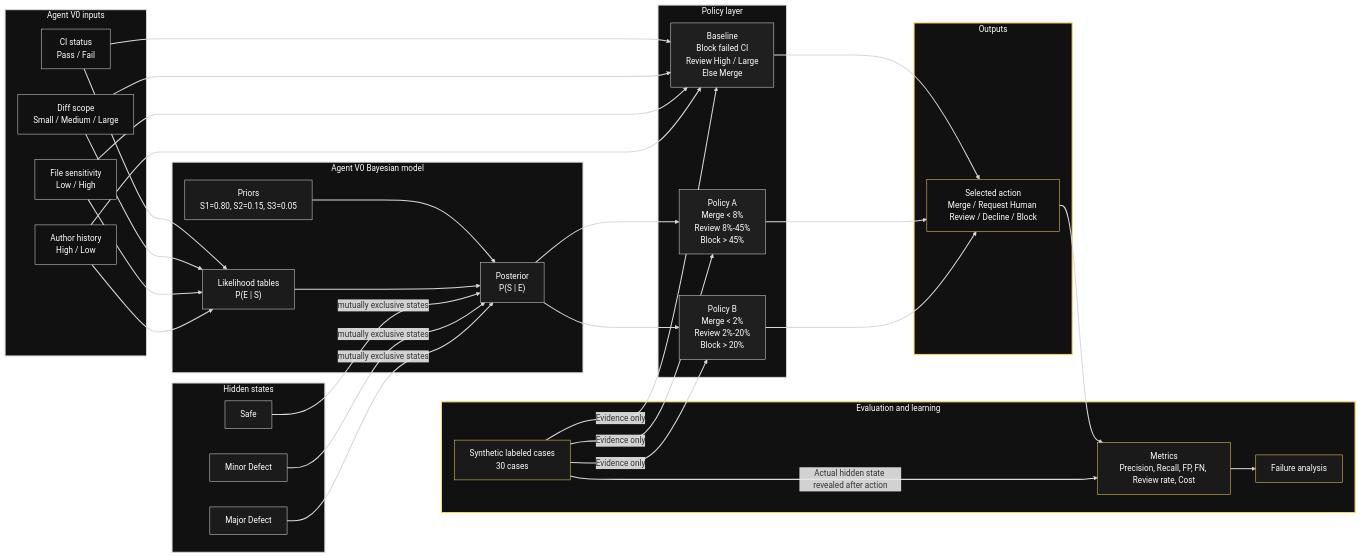
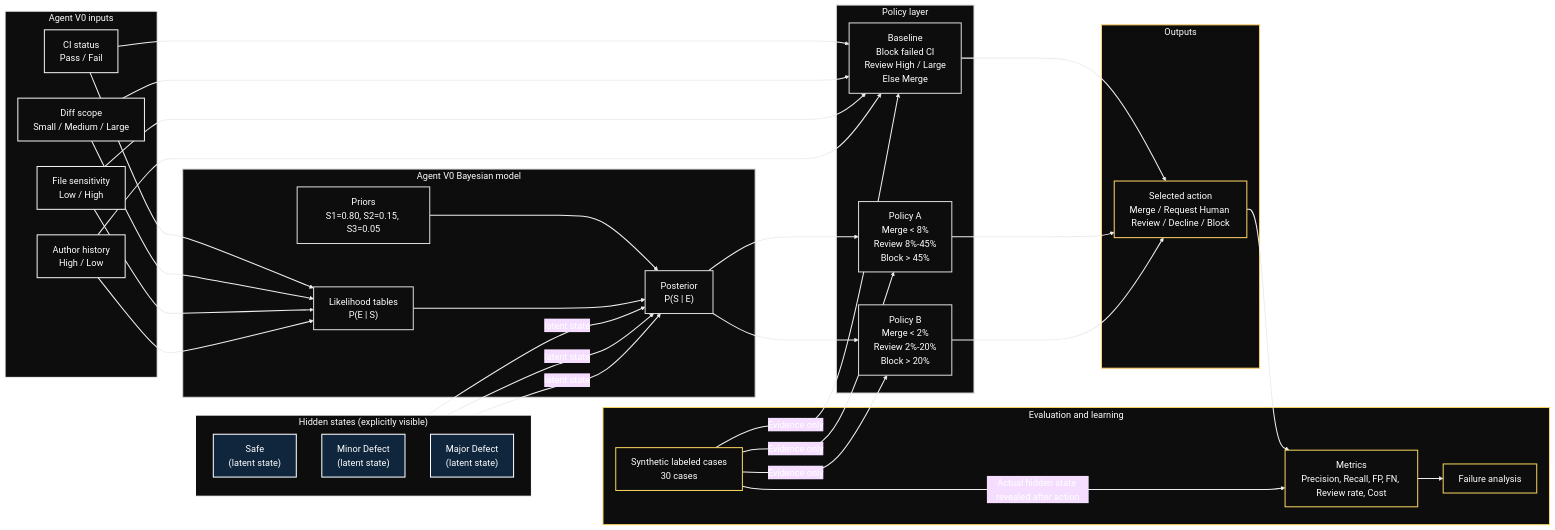
The diagram in agent/design/v0-system-design.mmd (Shivam-Dhoundiyal1/PR-Review-Agent), drawn with Mermaid before and after one commit. The commit also changed 3 other files, not shown here.

Commit message:
Updated the mermaid file and designs need to update those with excalidraw

```diff
--- a/agent/design/v0-system-design.mmd
+++ b/agent/design/v0-system-design.mmd
@@ -1,89 +1,91 @@
+%%{init: {'theme':'base', 'themeVariables': { 'fontFamily': 'Segoe UI, Arial', 'fontSize': '18px', 'primaryTextColor': '#ffffff', 'lineColor': '#f0f0f0', 'primaryBorderColor': '#f0f0f0', 'tertiaryColor': '#0d0d0d', 'background': '#000000'}}}%%
 flowchart LR
-    classDef input fill:#111111,stroke:#d9d9d9,color:#ffffff;
-    classDef model fill:#1b1b1b,stroke:#d9d9d9,color:#ffffff;
-    classDef policy fill:#1f1f1f,stroke:#d9d9d9,color:#ffffff;
-    classDef eval fill:#1a1a1a,stroke:#f4d35e,color:#ffffff;
-    classDef output fill:#111111,stroke:#ffd166,color:#ffffff;
-    classDef hidden fill:#1b1b1b,stroke:#d9d9d9,color:#ffffff;
+    classDef input fill:#0d0d0d,stroke:#f0f0f0,color:#ffffff,stroke-width:2px;
+    classDef model fill:#0d0d0d,stroke:#d9d9d9,color:#ffffff,stroke-width:2px;
+    classDef policy fill:#0d0d0d,stroke:#d9d9d9,color:#ffffff,stroke-width:2px;
+    classDef eval fill:#0d0d0d,stroke:#f4d35e,color:#ffffff,stroke-width:2px;
+    classDef output fill:#0d0d0d,stroke:#ffd166,color:#ffffff,stroke-width:2px;
+    classDef hidden fill:#10263d,stroke:#ffffff,color:#ffffff,stroke-width:2px;
 
     subgraph V0Inputs["Agent V0 inputs"]
         CI["CI status\nPass / Fail"]
         Scope["Diff scope\nSmall / Medium / Large"]
         Sens["File sensitivity\nLow / High"]
         Author["Author history\nHigh / Low"]
     end
 
-    subgraph HiddenState["Hidden states"]
-        S1["Safe"]
-        S2["Minor Defect"]
-        S3["Major Defect"]
+    subgraph HiddenState["Hidden states (explicitly visible)"]
+        direction TB
+        S1["Safe\n(latent state)"]
+        S2["Minor Defect\n(latent state)"]
+        S3["Major Defect\n(latent state)"]
     end
 
     subgraph V0Model["Agent V0 Bayesian model"]
         Prior["Priors\nS1=0.80, S2=0.15, S3=0.05"]
         Likelihood["Likelihood tables\nP(E | S)"]
         Posterior["Posterior\nP(S | E)"]
     end
 
     subgraph Policies["Policy layer"]
         Baseline["Baseline\nBlock failed CI\nReview High / Large\nElse Merge"]
         PolicyA["Policy A\nMerge < 8%\nReview 8%-45%\nBlock > 45%"]
         PolicyB["Policy B\nMerge < 2%\nReview 2%-20%\nBlock > 20%"]
     end
 
     subgraph Eval["Evaluation and learning"]
         Cases["Synthetic labeled cases\n30 cases"]
         Metrics["Metrics\nPrecision, Recall, FP, FN, Review rate, Cost"]
         Failure["Failure analysis"]
     end
 
     subgraph Output["Outputs"]
         Action["Selected action\nMerge / Request Human Review / Decline / Block"]
     end
 
     CI --> Likelihood
     Scope --> Likelihood
     Sens --> Likelihood
     Author --> Likelihood
 
     Prior --> Posterior
     Likelihood --> Posterior
     Posterior --> PolicyA
     Posterior --> PolicyB
 
     CI --> Baseline
     Scope --> Baseline
     Sens --> Baseline
     Author --> Baseline
 
     Baseline --> Action
     PolicyA --> Action
     PolicyB --> Action
 
     Cases -->|Evidence only| Baseline
     Cases -->|Evidence only| PolicyA
     Cases -->|Evidence only| PolicyB
 
     Action --> Metrics
     Cases -->|Actual hidden state revealed after action| Metrics
     Metrics --> Failure
 
-    S1 -->|mutually exclusive states| Posterior
-    S2 -->|mutually exclusive states| Posterior
-    S3 -->|mutually exclusive states| Posterior
+    S1 -->|latent state| Posterior
+    S2 -->|latent state| Posterior
+    S3 -->|latent state| Posterior
 
     class CI,Scope,Sens,Author input;
     class Prior,Likelihood,Posterior model;
     class Baseline,PolicyA,PolicyB policy;
     class Cases,Metrics,Failure eval;
     class Action output;
     class S1,S2,S3 hidden;
 
-    style V0Inputs fill:#111111,stroke:#d9d9d9,color:#ffffff,stroke-width:2px;
-    style HiddenState fill:#111111,stroke:#d9d9d9,color:#ffffff,stroke-width:2px;
-    style V0Model fill:#111111,stroke:#d9d9d9,color:#ffffff,stroke-width:2px;
-    style Policies fill:#111111,stroke:#d9d9d9,color:#ffffff,stroke-width:2px;
-    style Eval fill:#111111,stroke:#f4d35e,color:#ffffff,stroke-width:2px;
-    style Output fill:#111111,stroke:#ffd166,color:#ffffff,stroke-width:2px;
+    style V0Inputs fill:#0d0d0d,stroke:#f0f0f0,color:#ffffff,stroke-width:2px;
+    style HiddenState fill:#0d0d0d,stroke:#ffffff,color:#ffffff,stroke-width:2px;
+    style V0Model fill:#0d0d0d,stroke:#d9d9d9,color:#ffffff,stroke-width:2px;
+    style Policies fill:#0d0d0d,stroke:#d9d9d9,color:#ffffff,stroke-width:2px;
+    style Eval fill:#0d0d0d,stroke:#f4d35e,color:#ffffff,stroke-width:2px;
+    style Output fill:#0d0d0d,stroke:#ffd166,color:#ffffff,stroke-width:2px;
 
-    linkStyle default stroke:#d9d9d9,stroke-width:2px;
+    linkStyle default stroke:#eeeeee,stroke-width:2px;
```
